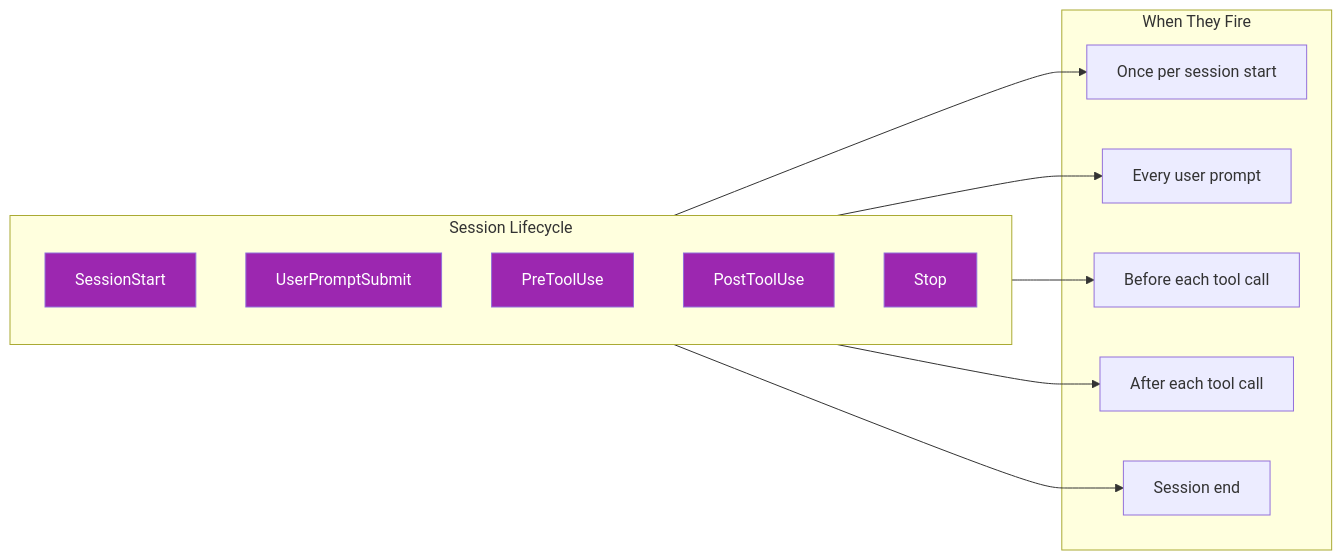
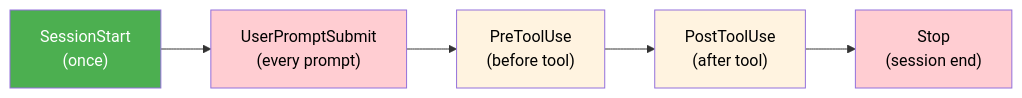
One commit to nicsuzor/academicOps changed the eighth of 8 diagrams in docs/execution-flow.md. Above: the diagram before and after it, drawn with Mermaid. The commit also changed other lines of this file and 22 other files, not shown here.

````diff
--- a/docs/execution-flow.md
+++ b/docs/execution-flow.md
@@ -470,31 +758,10 @@
 ```mermaid
 flowchart LR
-    subgraph LIFECYCLE["Session Lifecycle"]
-        direction TB
-        SS["SessionStart"]
-        UPS["UserPromptSubmit"]
-        PTU["PreToolUse"]
-        POTU["PostToolUse"]
-        STOP["Stop"]
-    end
+    SS["SessionStart<br/>(once)"] --> UPS["UserPromptSubmit<br/>(every prompt)"] --> PTU["PreToolUse<br/>(before tool)"] --> POTU["PostToolUse<br/>(after tool)"] --> STOP["Stop<br/>(session end)"]
 
-    subgraph TIMING["When They Fire"]
-        SS_T["Once per session start"]
-        UPS_T["Every user prompt"]
-        PTU_T["Before each tool call"]
-        POTU_T["After each tool call"]
-        STOP_T["Session end"]
-    end
-
-    SS --> SS_T
-    UPS --> UPS_T
-    PTU --> PTU_T
-    POTU --> POTU_T
-    STOP --> STOP_T
-
-    style SS fill:#9c27b0,color:#fff
-    style UPS fill:#9c27b0,color:#fff
-    style PTU fill:#9c27b0,color:#fff
-    style POTU fill:#9c27b0,color:#fff
-    style STOP fill:#9c27b0,color:#fff
+    style SS fill:#4caf50,color:#fff
+    style UPS fill:#ffcdd2,color:#000
+    style PTU fill:#fff3e0,color:#000
+    style POTU fill:#fff3e0,color:#000
+    style STOP fill:#ffcdd2,color:#000
 ```
````
